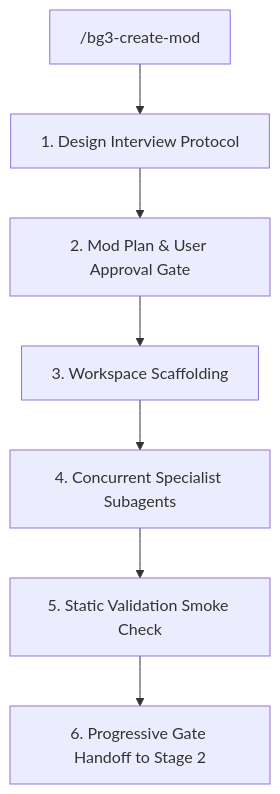
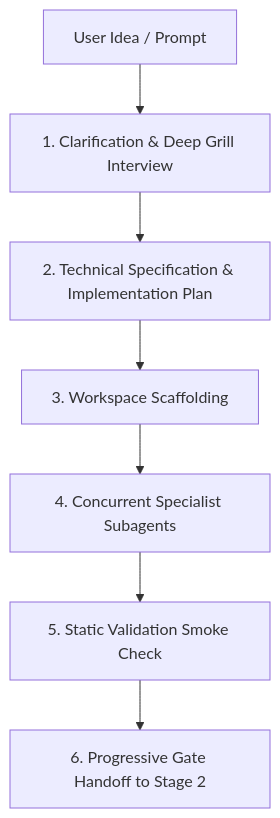
The diagram in packages/bg3-authoring/bg3_authoring/skills/bg3-create-mod/SKILL.md (jpelton-stroud/bg3-mod-studio), drawn with Mermaid before and after one commit. The commit also changed other lines of this file and 25 other files, not shown here.

````diff
--- a/packages/bg3-authoring/bg3_authoring/skills/bg3-create-mod/SKILL.md
+++ b/packages/bg3-authoring/bg3_authoring/skills/bg3-create-mod/SKILL.md
@@ -21,9 +22,9 @@
 ```mermaid
 flowchart TD
-    Start["/bg3-create-mod"] --> Grill["1. Design Interview Protocol"]
-    Grill --> Plan["2. Mod Plan & User Approval Gate"]
+    Prompt["User Idea / Prompt"] --> Interview["1. Clarification & Deep Grill Interview"]
+    Interview --> Plan["2. Technical Specification & Implementation Plan"]
     Plan --> Scaffold["3. Workspace Scaffolding"]
     Scaffold --> Dispatch["4. Concurrent Specialist Subagents"]
     Dispatch --> Verify["5. Static Validation Smoke Check"]
     Verify --> Handoff["6. Progressive Gate Handoff to Stage 2"]
 ```
````
